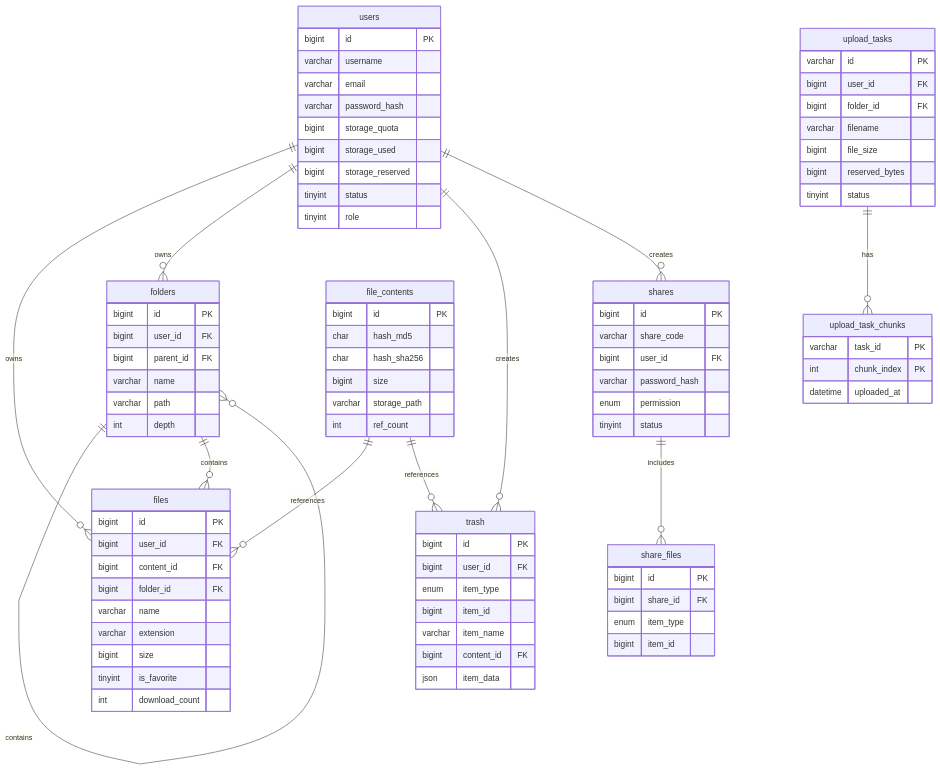
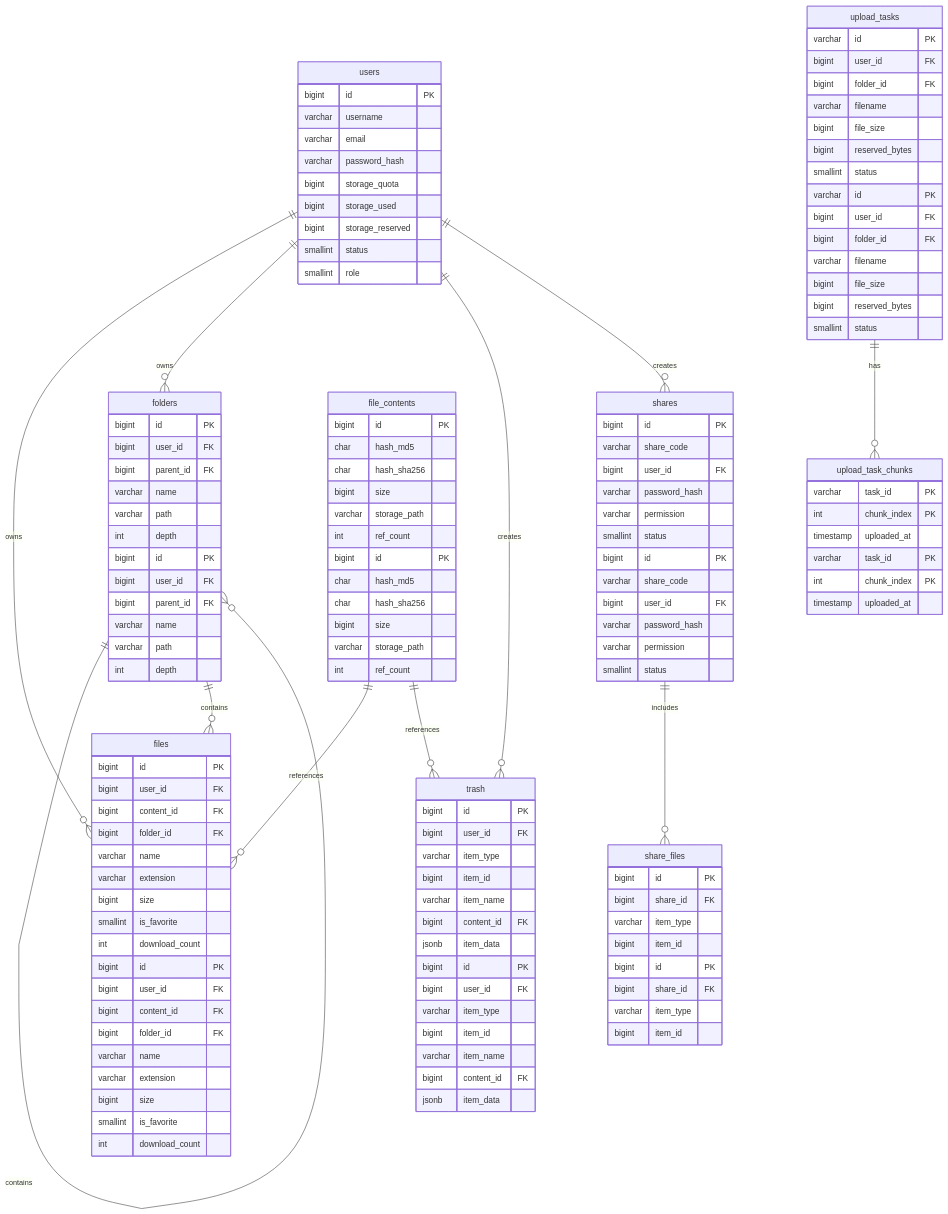
One commit to yizhinailong/disk changed the first of 2 diagrams in docs/design/03-数据库设计.md. Above: the diagram before and after it, drawn with Mermaid. The commit also changed other lines of this file and 12 other files, not shown here.

````diff
--- a/docs/design/03-数据库设计.md
+++ b/docs/design/03-数据库设计.md
@@ -53,8 +53,8 @@
         bigint storage_quota
         bigint storage_used
         bigint storage_reserved
-        tinyint status
-        tinyint role
+        smallint status
+        smallint role
     }
     
     file_contents {
@@ -74,7 +74,7 @@
         varchar name
         varchar extension
         bigint size
-        tinyint is_favorite
+        smallint is_favorite
         int download_count
     }
 
@@ -85,13 +85,13 @@
         varchar filename
         bigint file_size
         bigint reserved_bytes
-        tinyint status
+        smallint status
     }
 
     upload_task_chunks {
         varchar task_id PK
         int chunk_index PK
-        datetime uploaded_at
+        timestamp uploaded_at
     }
     
     folders {
@@ -106,11 +106,11 @@
     trash {
         bigint id PK
         bigint user_id FK
-        enum item_type
+        varchar item_type
         bigint item_id
         varchar item_name
         bigint content_id FK
-        json item_data
+        jsonb item_data
     }
     
     shares {
@@ -118,14 +118,86 @@
         varchar share_code
         bigint user_id FK
         varchar password_hash
-        enum permission
-        tinyint status
+        varchar permission
+        smallint status
     }
     
     share_files {
         bigint id PK
         bigint share_id FK
-        enum item_type
+        varchar item_type
+        bigint item_id
+    }
+    
+    file_contents {
+        bigint id PK
+        char hash_md5
+        char hash_sha256
+        bigint size
+        varchar storage_path
+        int ref_count
+    }
+    
+    files {
+        bigint id PK
+        bigint user_id FK
+        bigint content_id FK
+        bigint folder_id FK
+        varchar name
+        varchar extension
+        bigint size
+        smallint is_favorite
+        int download_count
+    }
+
+    upload_tasks {
+        varchar id PK
+        bigint user_id FK
+        bigint folder_id FK
+        varchar filename
+        bigint file_size
+        bigint reserved_bytes
+        smallint status
+    }
+
+    upload_task_chunks {
+        varchar task_id PK
+        int chunk_index PK
+        timestamp uploaded_at
+    }
+    
+    folders {
+        bigint id PK
+        bigint user_id FK
+        bigint parent_id FK
+        varchar name
+        varchar path
+        int depth
+    }
+    
+    trash {
+        bigint id PK
+        bigint user_id FK
+        varchar item_type
+        bigint item_id
+        varchar item_name
+        bigint content_id FK
+        jsonb item_data
+    }
+    
+    shares {
+        bigint id PK
+        varchar share_code
+        bigint user_id FK
+        varchar password_hash
+        varchar permission
+        smallint status
+    }
+    
+    share_files {
+        bigint id PK
+        bigint share_id FK
+        varchar item_type
         bigint item_id
     }
 ```
````
